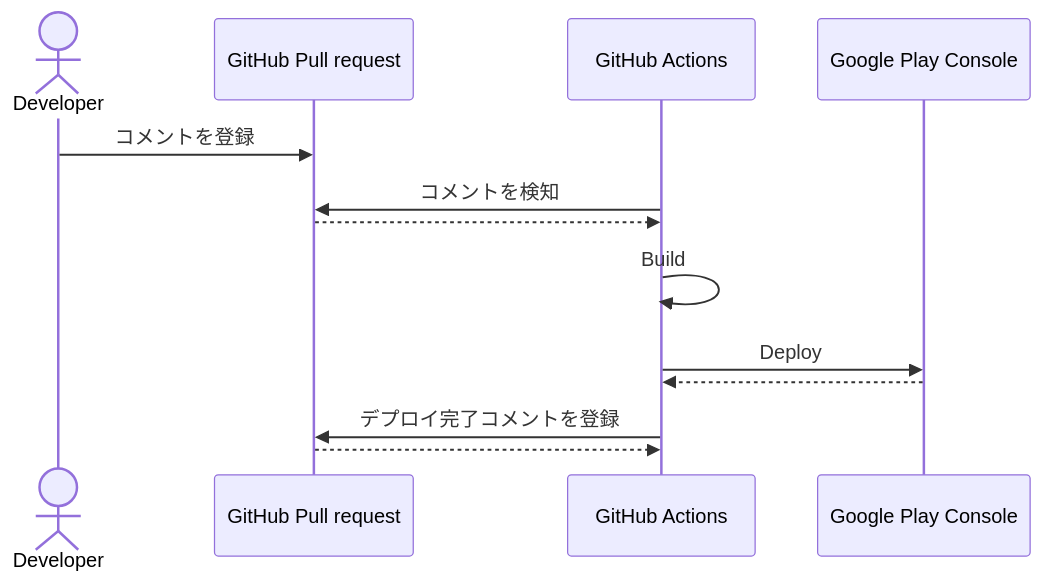
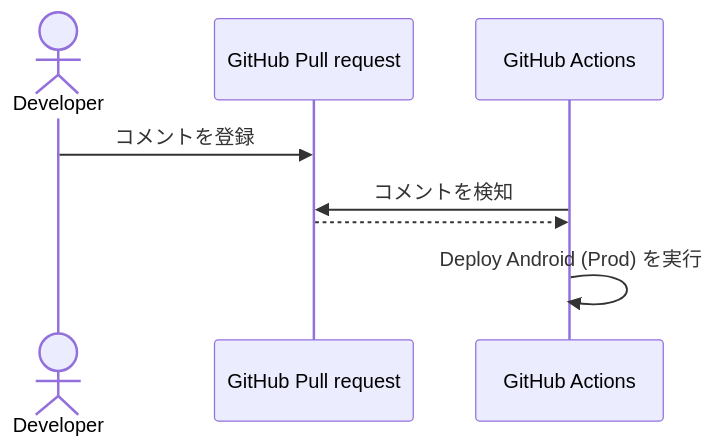
The fourth of 5 diagrams in doc/architecture/continuous_delivery.md (greendrop/flutter_news_sample), drawn with Mermaid before and after one commit. The commit also changed other lines of this file and 2 other files, not shown here.

Commit message:
Deploy Android (Prod) を workflow_dispatch と issue_comment(slash command) で分割

````diff
--- a/doc/architecture/continuous_delivery.md
+++ b/doc/architecture/continuous_delivery.md
@@ -95,16 +139,11 @@
 ```mermaid
 sequenceDiagram
   actor developer as Developer
   participant github_pr as GitHub Pull request
   participant github_actions as GitHub Actions
-  participant google_play as Google Play Console
 
   developer ->> github_pr: コメントを登録
   github_actions ->> github_pr: コメントを検知
   github_pr -->> github_actions: 
-  github_actions ->> github_actions: Build
-  github_actions ->> google_play: Deploy
-  google_play -->> github_actions: 
-  github_actions ->> github_pr: デプロイ完了コメントを登録
-  github_pr -->> github_actions: 
+  github_actions ->> github_actions: Deploy Android (Prod) を実行
 ```
````
